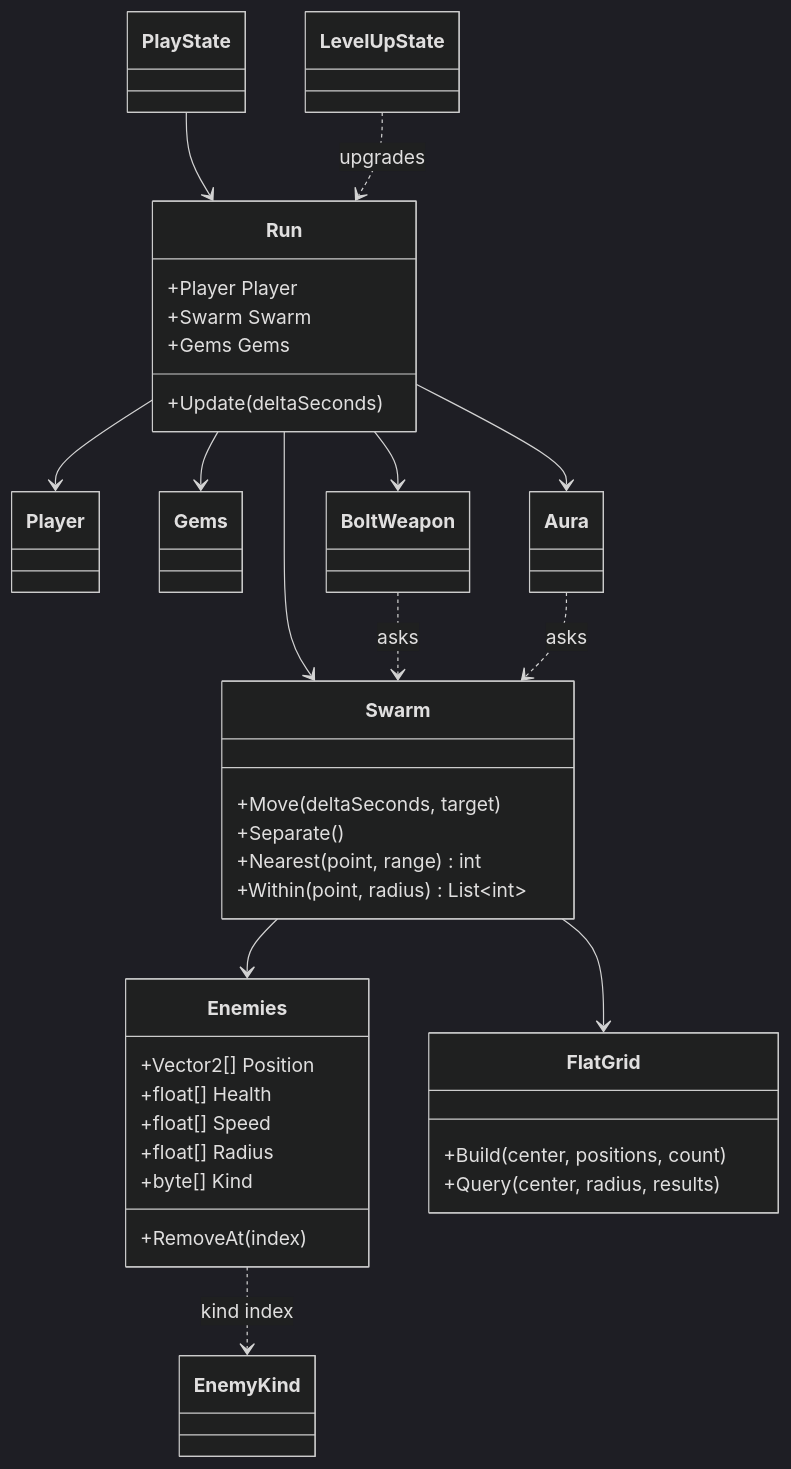
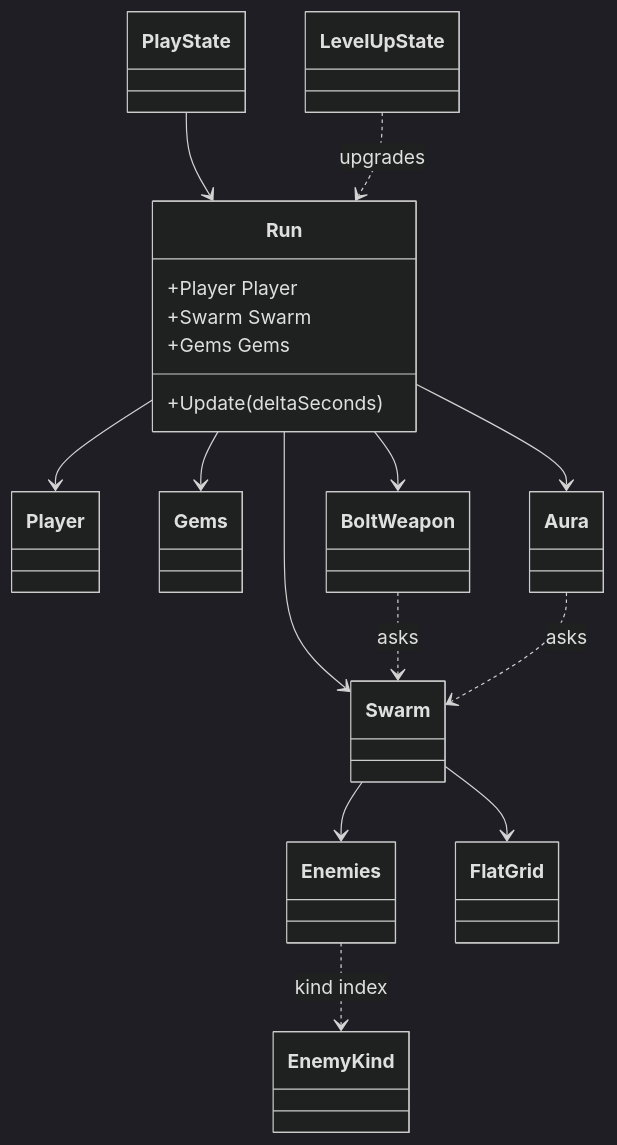
The diagram in src/content/docs/sessions/12-vampire-survivors.md (Metamate/gar), drawn with Mermaid (dark theme) before and after one commit. The commit also changed other lines of this file and 1 other file, not shown here.

Commit message:
Plants vs. Zombies and Vampire Survivors: a stale word, a wrong ratio, a shorter class diagram
Claude-Session: https://claude.ai/code/session_012sjsUQBbC7zon57rWHoo9d

````diff
--- a/src/content/docs/sessions/12-vampire-survivors.md
+++ b/src/content/docs/sessions/12-vampire-survivors.md
@@ -323,39 +326,21 @@
 ```mermaid
 classDiagram
     class Run {
         +Player Player
         +Swarm Swarm
         +Gems Gems
         +Update(deltaSeconds)
-    }
-    class Swarm {
-        +Move(deltaSeconds, target)
-        +Separate()
-        +Nearest(point, range) int
-        +Within(point, radius) List~int~
-    }
-    class Enemies {
-        +Vector2[] Position
-        +float[] Health
-        +float[] Speed
-        +float[] Radius
-        +byte[] Kind
-        +RemoveAt(index)
-    }
-    class FlatGrid {
-        +Build(center, positions, count)
-        +Query(center, radius, results)
     }
     Run --> Player
     Run --> Swarm
     Run --> Gems
     Run --> BoltWeapon
     Run --> Aura
     Swarm --> Enemies
     Swarm --> FlatGrid
     Enemies ..> EnemyKind : kind index
     BoltWeapon ..> Swarm : asks
     Aura ..> Swarm : asks
     PlayState --> Run
     LevelUpState ..> Run : upgrades
 ```
````
